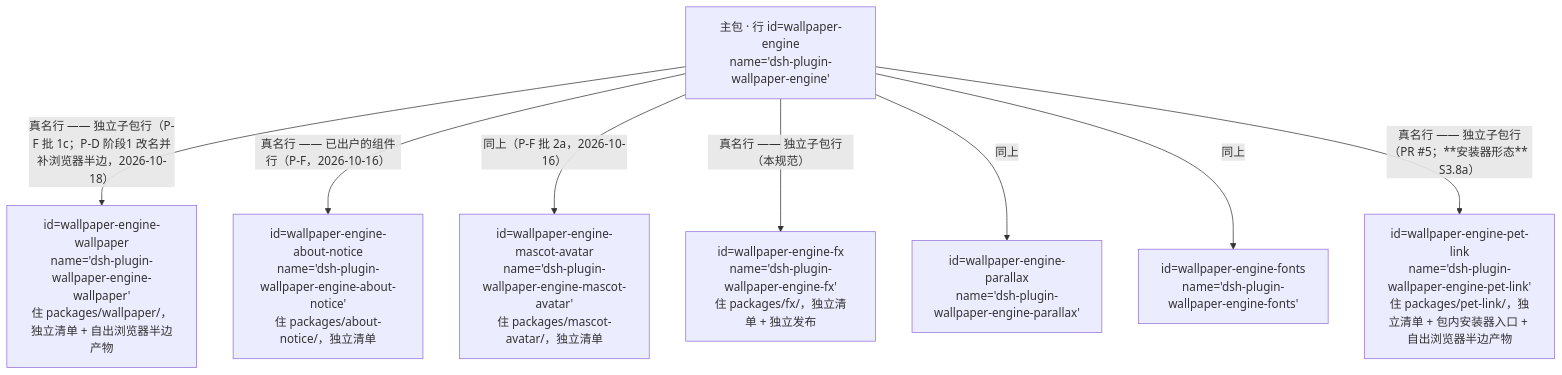
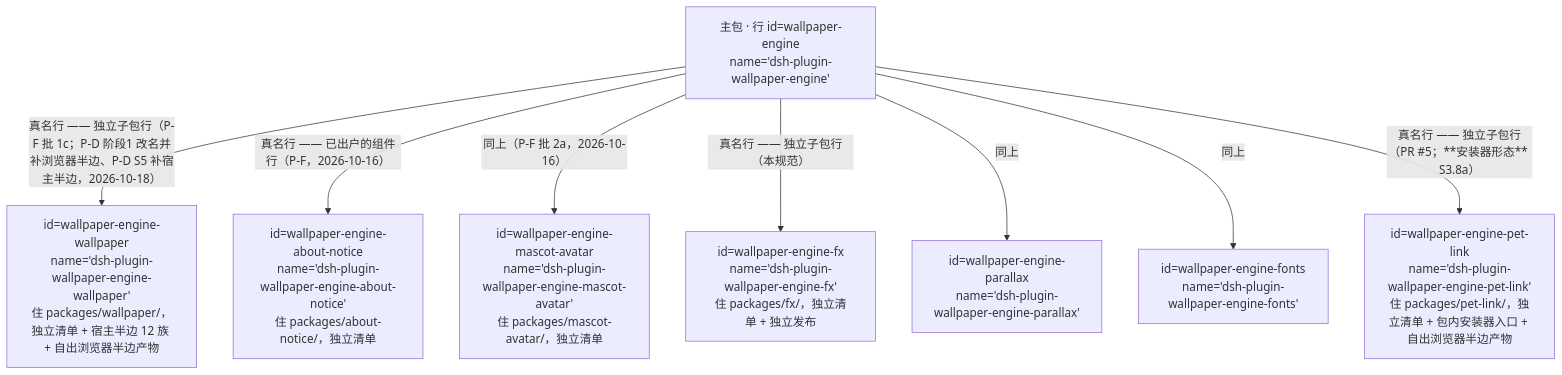
The first of 3 diagrams in docs/SUBPACKAGE-GRAPH.md (CREAMSOU/dsh-wallpaper-engine), drawn with Mermaid before and after one commit. The commit also changed other lines of this file and 8 other files, not shown here.

````diff
--- a/docs/SUBPACKAGE-GRAPH.md
+++ b/docs/SUBPACKAGE-GRAPH.md
@@ -27,11 +27,11 @@
 ```mermaid
 graph TD
   MAIN["主包 · 行 id=wallpaper-engine<br/>name='dsh-plugin-wallpaper-engine'"]
-  MAIN -->|"真名行 —— 独立子包行（P-F 批 1c；P-D 阶段1 改名并补浏览器半边，2026-10-18）"| C3["id=wallpaper-engine-wallpaper<br/>name='dsh-plugin-wallpaper-engine-wallpaper'<br/>住 packages/wallpaper/，独立清单 + 自出浏览器半边产物"]
+  MAIN -->|"真名行 —— 独立子包行（P-F 批 1c；P-D 阶段1 改名并补浏览器半边、P-D S5 补宿主半边，2026-10-18）"| C3["id=wallpaper-engine-wallpaper<br/>name='dsh-plugin-wallpaper-engine-wallpaper'<br/>住 packages/wallpaper/，独立清单 + 宿主半边 12 族 + 自出浏览器半边产物"]
   MAIN -->|"真名行 —— 已出户的组件行（P-F，2026-10-16）"| C1["id=wallpaper-engine-about-notice<br/>name='dsh-plugin-wallpaper-engine-about-notice'<br/>住 packages/about-notice/，独立清单"]
   MAIN -->|"同上（P-F 批 2a，2026-10-16）"| C2["id=wallpaper-engine-mascot-avatar<br/>name='dsh-plugin-wallpaper-engine-mascot-avatar'<br/>住 packages/mascot-avatar/，独立清单"]
   MAIN -->|"真名行 —— 独立子包行（本规范）"| S1["id=wallpaper-engine-fx<br/>name='dsh-plugin-wallpaper-engine-fx'<br/>住 packages/fx/，独立清单 + 独立发布"]
   MAIN -->|"同上"| S2["id=wallpaper-engine-parallax<br/>name='dsh-plugin-wallpaper-engine-parallax'"]
   MAIN -->|"同上"| S3["id=wallpaper-engine-fonts<br/>name='dsh-plugin-wallpaper-engine-fonts'"]
   MAIN -->|"真名行 —— 独立子包行（PR #5；**安装器形态** S3.8a）"| S4["id=wallpaper-engine-pet-link<br/>name='dsh-plugin-wallpaper-engine-pet-link'<br/>住 packages/pet-link/，独立清单 + 包内安装器入口 + 自出浏览器半边产物"]
 ```
````
